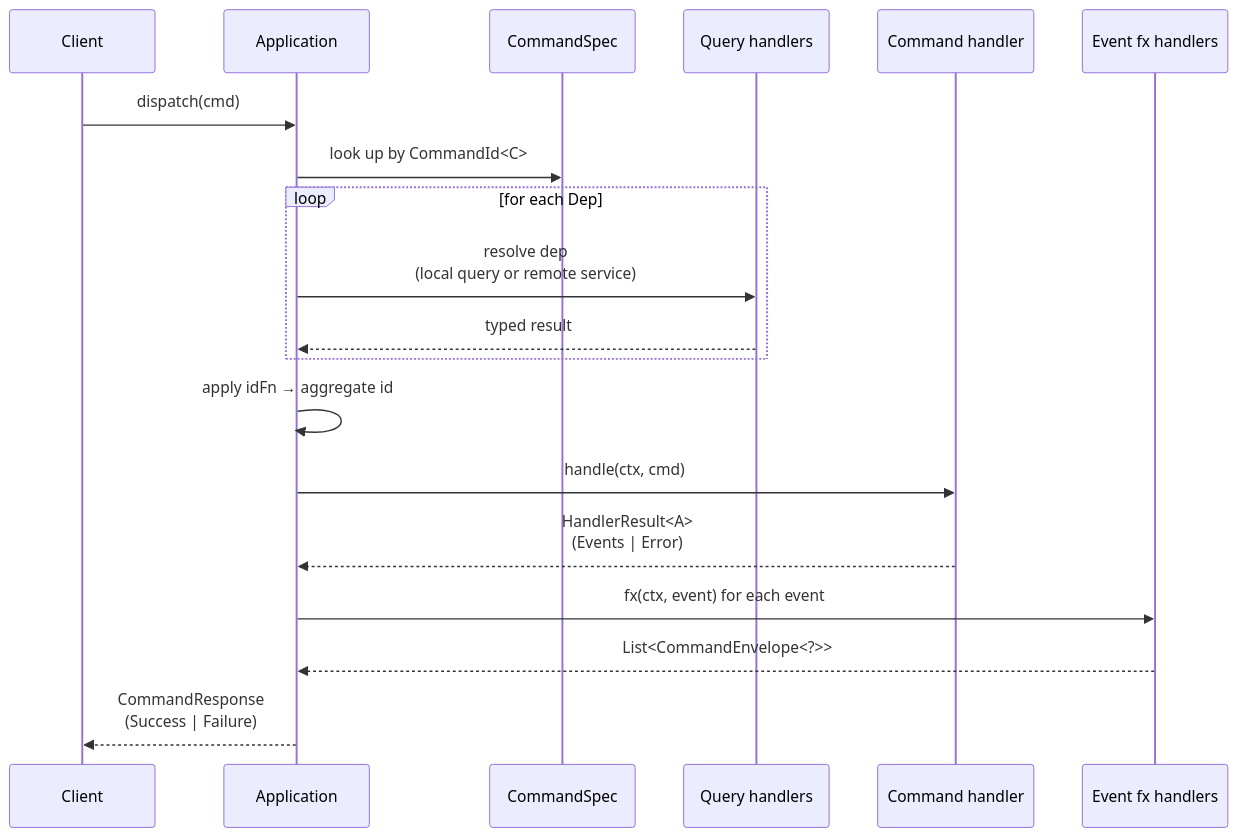
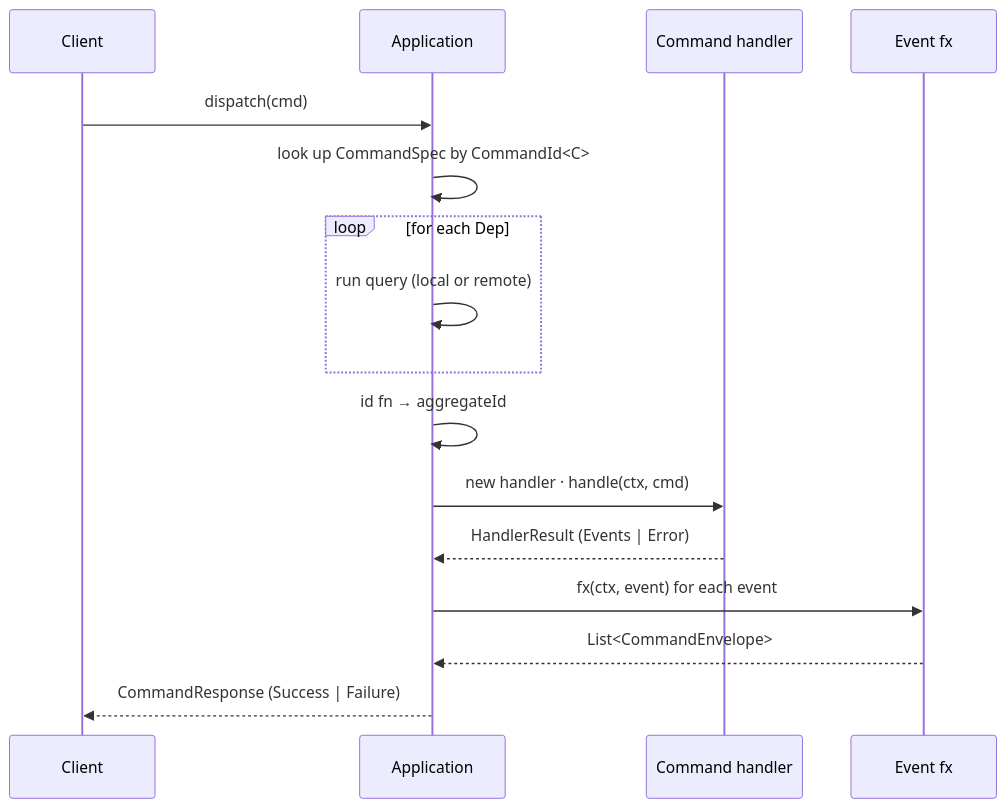
The second of 4 diagrams in README.md (alpha-prosoft/edd-java), drawn with Mermaid before and after one commit. The commit also changed other lines of this file and 4 other files, not shown here.

````diff
--- a/README.md
+++ b/README.md
@@ -75,22 +67,19 @@
 ```mermaid
 sequenceDiagram
     participant Client
     participant App as Application
-    participant Spec as CommandSpec
-    participant QH as Query handlers
     participant CH as Command handler
-    participant FX as Event fx handlers
+    participant FX as Event fx
 
     Client->>App: dispatch(cmd)
-    App->>Spec: look up by CommandId<C>
+    App->>App: look up CommandSpec by CommandId<C>
     loop for each Dep
-        App->>QH: resolve dep<br/>(local query or remote service)
-        QH-->>App: typed result
+        App->>App: run query (local or remote)
     end
-    App->>App: apply idFn → aggregate id
-    App->>CH: handle(ctx, cmd)
-    CH-->>App: HandlerResult<A><br/>(Events | Error)
+    App->>App: id fn → aggregateId
+    App->>CH: new handler · handle(ctx, cmd)
+    CH-->>App: HandlerResult (Events | Error)
     App->>FX: fx(ctx, event) for each event
-    FX-->>App: List<CommandEnvelope<?>>
-    App-->>Client: CommandResponse<br/>(Success | Failure)
+    FX-->>App: List<CommandEnvelope>
+    App-->>Client: CommandResponse (Success | Failure)
 ```
````
